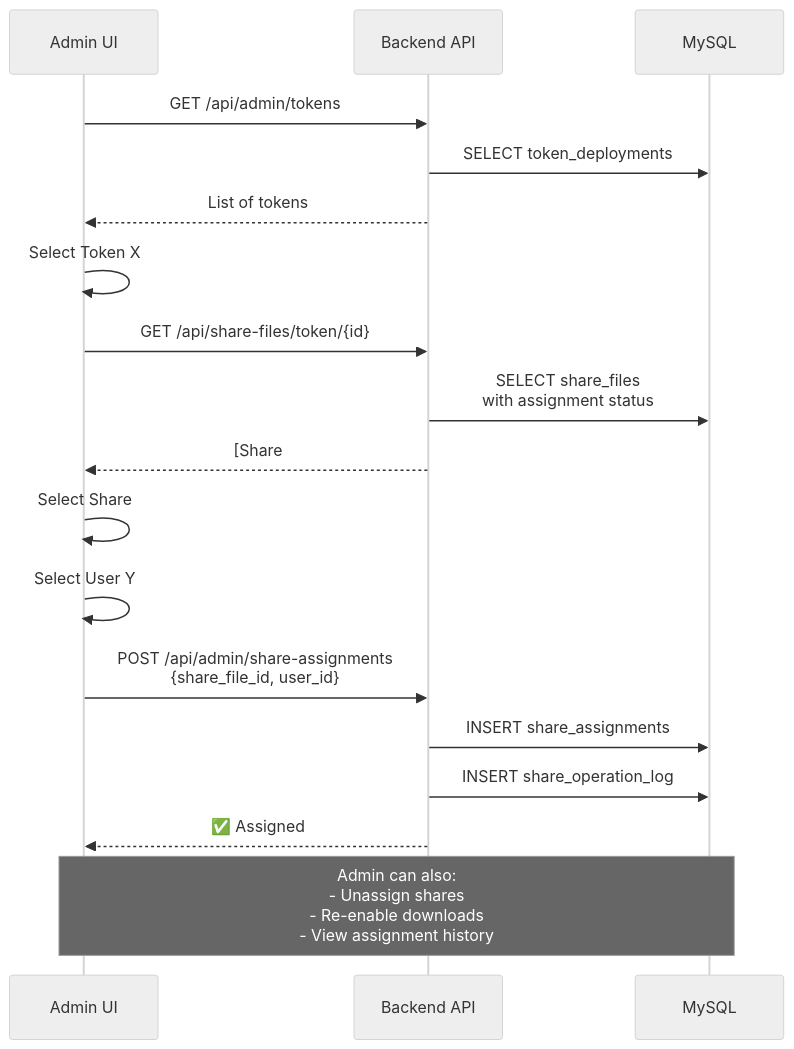
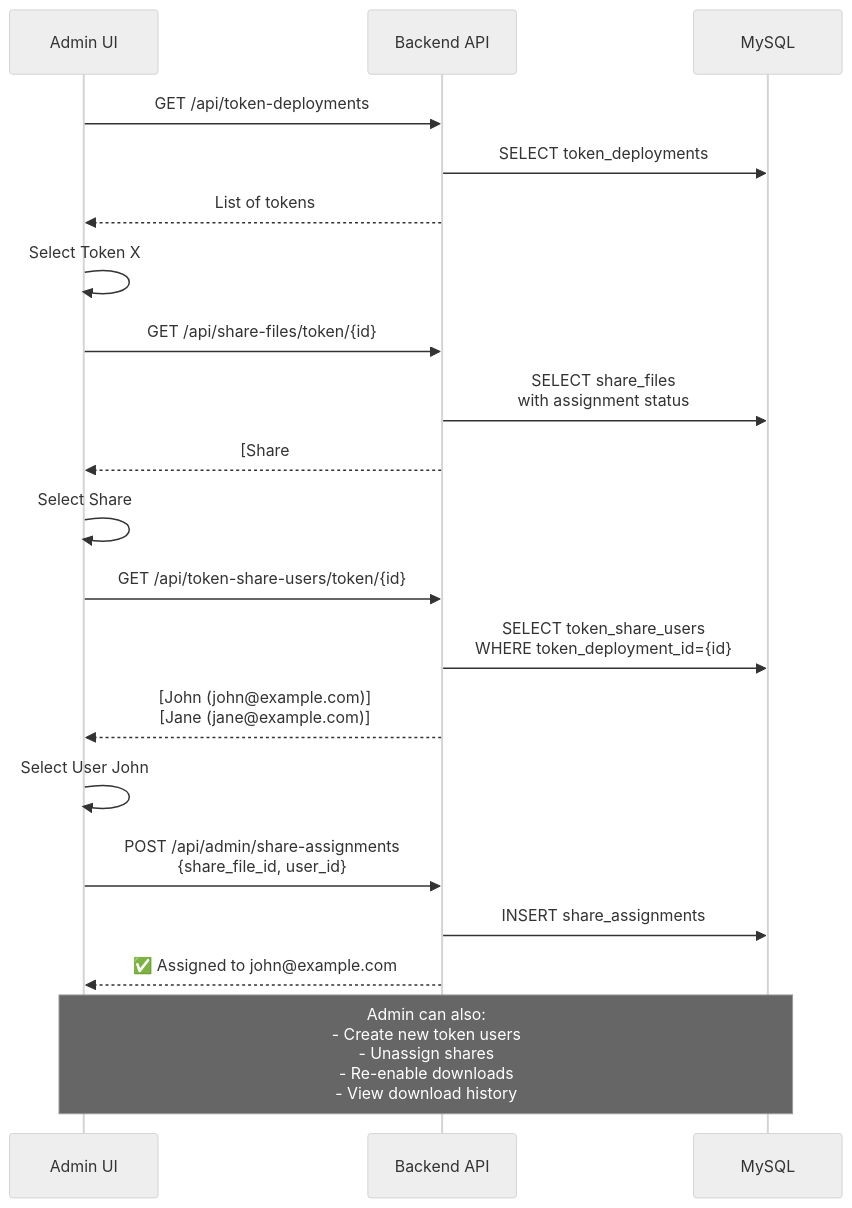
One commit to commentors-net/Aegis-Mint changed the third of 5 diagrams in SHARE-MANAGEMENT-FLOW-FULL-IMPLEMENTATION.md. Above: the diagram before and after it, drawn with Mermaid (neutral theme). The commit also changed other lines of this file and 17 other files, not shown here.

First line of the commit message:
feat: add token share user management

````diff
--- a/SHARE-MANAGEMENT-FLOW-FULL-IMPLEMENTATION.md
+++ b/SHARE-MANAGEMENT-FLOW-FULL-IMPLEMENTATION.md
@@ -177,26 +189,30 @@
 ```mermaid
 sequenceDiagram
     participant Admin as Admin UI
     participant API as Backend API
     participant DB as MySQL
     
-    Admin->>API: GET /api/admin/tokens
+    Admin->>API: GET /api/token-deployments
     API->>DB: SELECT token_deployments
     API-->>Admin: List of tokens
     
     Admin->>Admin: Select Token X
     
     Admin->>API: GET /api/share-files/token/{id}
     API->>DB: SELECT share_files<br/>with assignment status
-    API-->>Admin: [Share #1 ✅ assigned]<br/>[Share #2 ⭕ unassigned]<br/>[Share #3 ⭕ unassigned]
+    API-->>Admin: [Share #1 ✅ user@example.com]<br/>[Share #2 ⭕ unassigned]<br/>[Share #3 ⭕ unassigned]
     
     Admin->>Admin: Select Share #2
-    Admin->>Admin: Select User Y
+    
+    Admin->>API: GET /api/token-share-users/token/{id}
+    API->>DB: SELECT token_share_users<br/>WHERE token_deployment_id={id}
+    API-->>Admin: [John (john@example.com)]<br/>[Jane (jane@example.com)]
+    
+    Admin->>Admin: Select User John
     
     Admin->>API: POST /api/admin/share-assignments<br/>{share_file_id, user_id}
     API->>DB: INSERT share_assignments
-    API->>DB: INSERT share_operation_log
-    API-->>Admin: ✅ Assigned
+    API-->>Admin: ✅ Assigned to john@example.com
     
-    Note over Admin,DB: Admin can also:<br/>- Unassign shares<br/>- Re-enable downloads<br/>- View assignment history
+    Note over Admin,DB: Admin can also:<br/>- Create new token users<br/>- Unassign shares<br/>- Re-enable downloads<br/>- View download history
 ```
````
